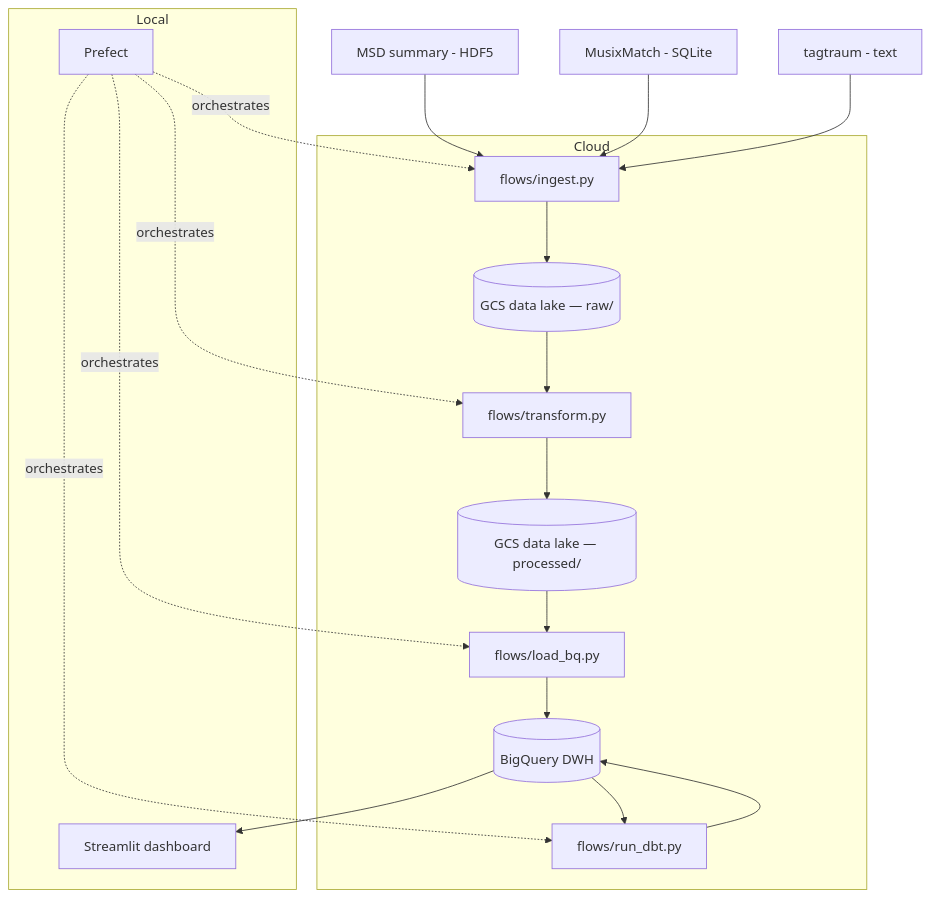
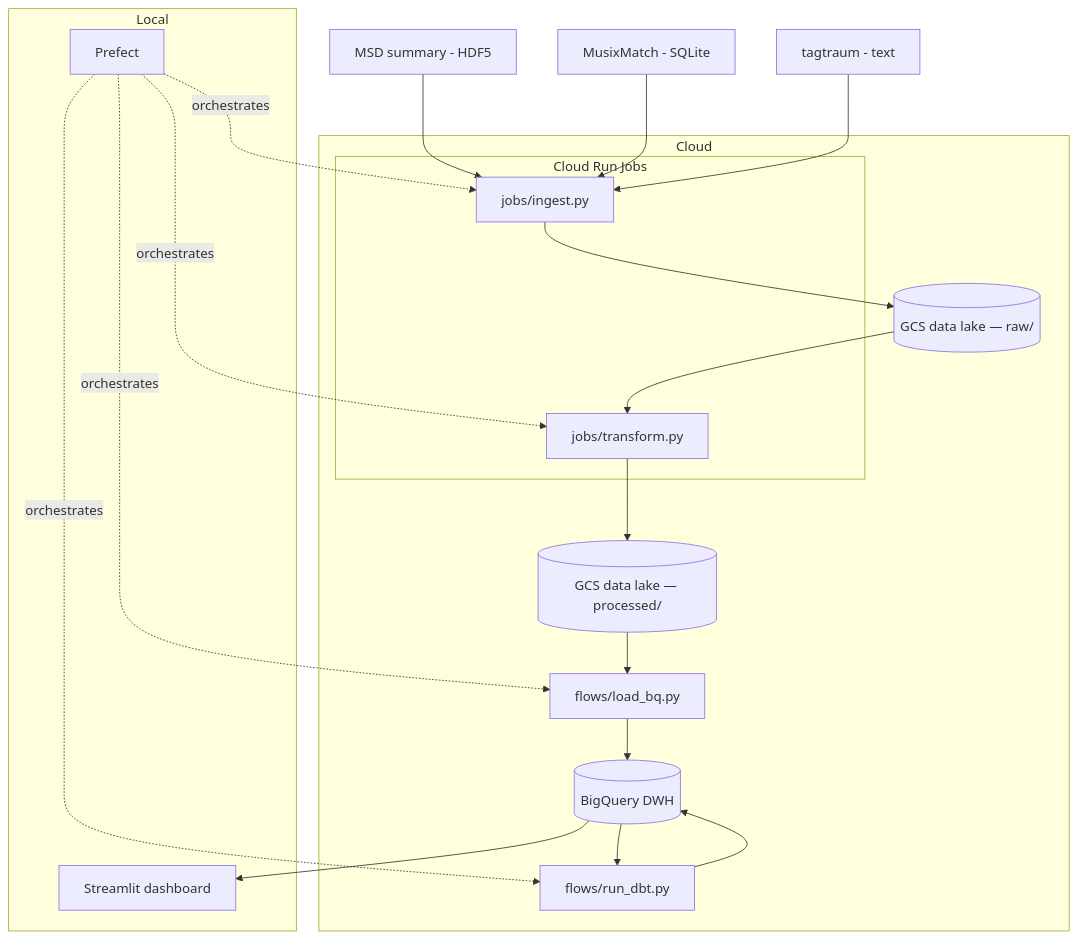
The diagram in README.md (malbiruk/million-songs-pipeline), drawn with Mermaid before and after one commit. The commit also changed other lines of this file and 1 other file, not shown here.

````diff
--- a/README.md
+++ b/README.md
@@ -25,28 +25,40 @@
 ```mermaid
 graph TD
-    MSD[MSD summary - HDF5] --> ingest
-    MXM[MusixMatch - SQLite] --> ingest
-    TAG[tagtraum - text] --> ingest
+    MSD[MSD summary - HDF5]
+    MXM[MusixMatch - SQLite]
+    TAG[tagtraum - text]
 
     subgraph Cloud
-        ingest[flows/ingest.py] --> GCS[(GCS data lake — raw/)]
-        GCS --> transform[flows/transform.py]
-        transform --> GCS2[(GCS data lake — processed/)]
-        GCS2 --> load[flows/load_bq.py]
-        load --> BQ[(BigQuery DWH)]
-        BQ --> dbt[flows/run_dbt.py]
-        dbt --> BQ
+        GCS[(GCS data lake — raw/)]
+        GCS2[(GCS data lake — processed/)]
+        load[flows/load_bq.py]
+        BQ[(BigQuery DWH)]
+        dbt[flows/run_dbt.py]
+        subgraph CR[Cloud Run Jobs]
+            ingest[jobs/ingest.py]
+            transform[jobs/transform.py]
+        end
     end
 
     subgraph Local
         Prefect
         ST[Streamlit dashboard]
     end
 
+    MSD --> ingest
+    MXM --> ingest
+    TAG --> ingest
+    ingest --> GCS
+    GCS --> transform
+    transform --> GCS2
+    GCS2 --> load
+    load --> BQ
+    BQ --> dbt
+    dbt --> BQ
     BQ --> ST
 
     Prefect -.orchestrates.-> ingest
     Prefect -.orchestrates.-> transform
     Prefect -.orchestrates.-> load
     Prefect -.orchestrates.-> dbt
 ```
````
